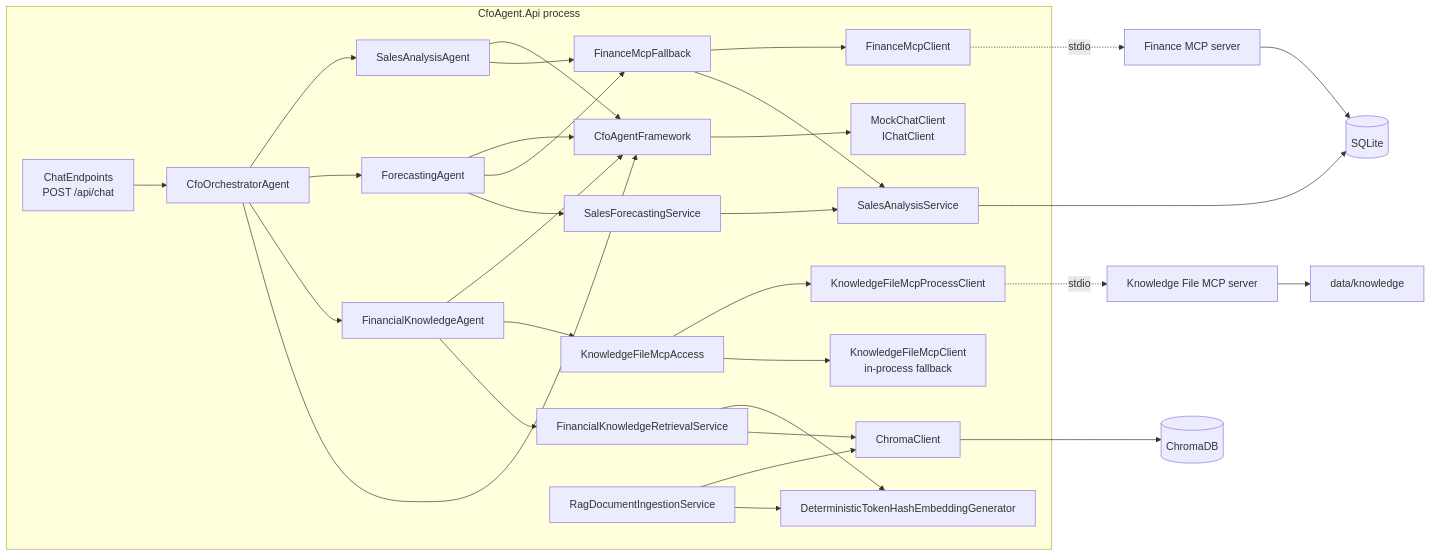
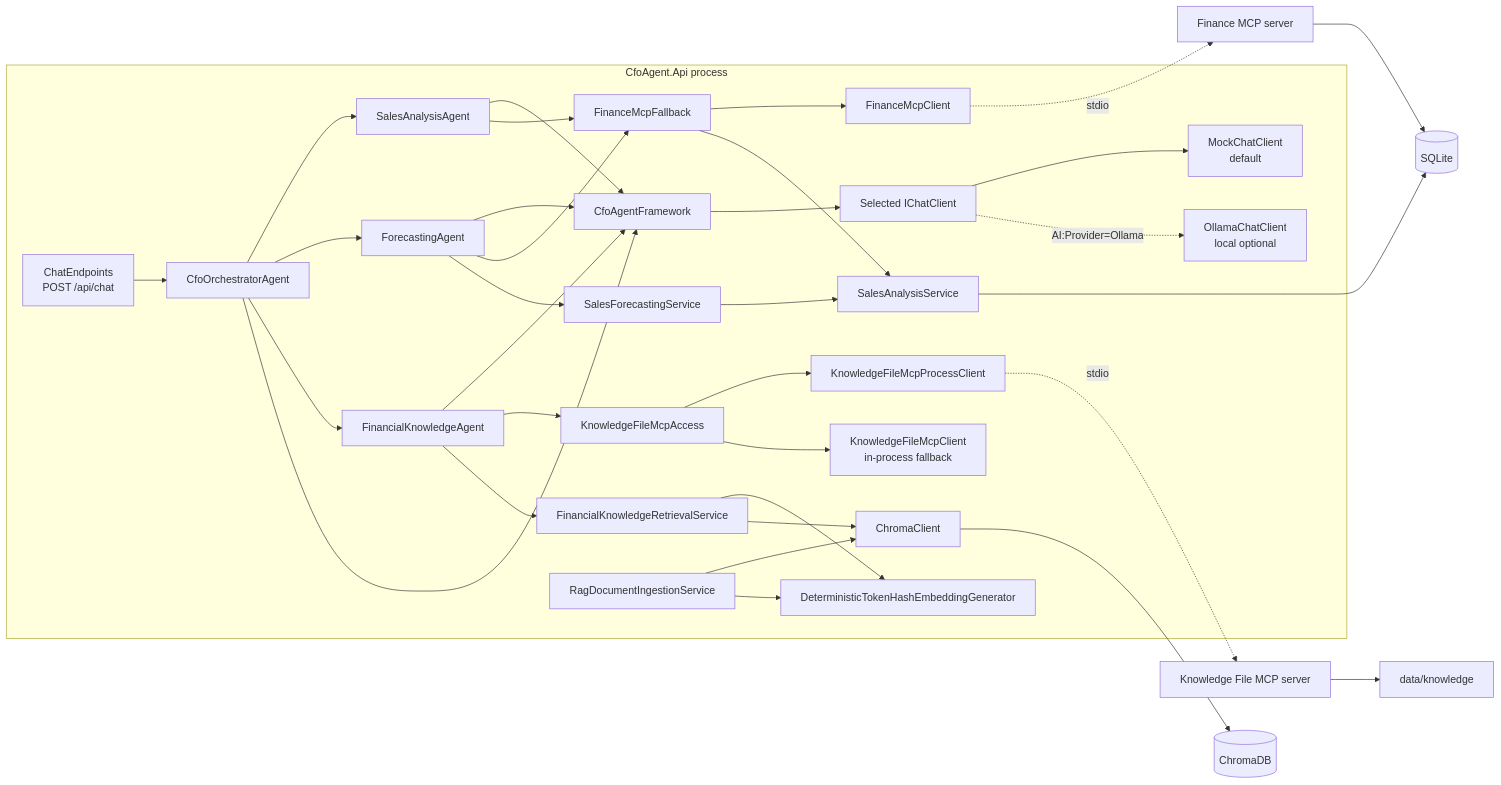
Before and after one commit to prabodharandima/ai_agent_cfo: the third of 14 diagrams in APPLICATION_ARCHITECTURE.md, drawn with Mermaid. The commit also changed other lines of this file and 23 other files, not shown here.

````diff
--- a/APPLICATION_ARCHITECTURE.md
+++ b/APPLICATION_ARCHITECTURE.md
@@ -110,37 +110,39 @@
 ```mermaid
 flowchart LR
     subgraph MONOLITH["CfoAgent.Api process"]
         CHAT["ChatEndpoints<br/>POST /api/chat"] --> ORCH["CfoOrchestratorAgent"]
         ORCH --> SALES["SalesAnalysisAgent"]
         ORCH --> FORECAST["ForecastingAgent"]
         ORCH --> KNOW["FinancialKnowledgeAgent"]
         ORCH --> FRAMEWORK["CfoAgentFramework"]
         SALES --> FRAMEWORK
         FORECAST --> FRAMEWORK
         KNOW --> FRAMEWORK
-        FRAMEWORK --> MOCK["MockChatClient<br/>IChatClient"]
+        FRAMEWORK --> CHATCLIENT["Selected IChatClient"]
+        CHATCLIENT --> MOCK["MockChatClient<br/>default"]
+        CHATCLIENT -. "AI:Provider=Ollama" .-> OLLAMA["OllamaChatClient<br/>local optional"]
 
         SALES --> FINFALLBACK["FinanceMcpFallback"]
         FINFALLBACK --> FINCLIENT["FinanceMcpClient"]
         FINFALLBACK --> SALESVC["SalesAnalysisService"]
         FORECAST --> FINFALLBACK
         FORECAST --> FORECASTSVC["SalesForecastingService"]
         FORECASTSVC --> SALESVC
 
         KNOW --> FILEACCESS["KnowledgeFileMcpAccess"]
         FILEACCESS --> FILEPROC["KnowledgeFileMcpProcessClient"]
         FILEACCESS --> FILEREADER["KnowledgeFileMcpClient<br/>in-process fallback"]
         KNOW --> RETRIEVAL["FinancialKnowledgeRetrievalService"]
         INGEST["RagDocumentIngestionService"] --> CHROMACLIENT["ChromaClient"]
         RETRIEVAL --> EMBED["DeterministicTokenHashEmbeddingGenerator"]
         RETRIEVAL --> CHROMACLIENT
         INGEST --> EMBED
     end
 
     SALESVC --> SQLITE[("SQLite")]
     FINCLIENT -. "stdio" .-> FINMCP["Finance MCP server"]
     FINMCP --> SQLITE
     FILEPROC -. "stdio" .-> FILEMCP["Knowledge File MCP server"]
     FILEMCP --> FILES["data/knowledge"]
     CHROMACLIENT --> CHROMA[("ChromaDB")]
 ```
````
